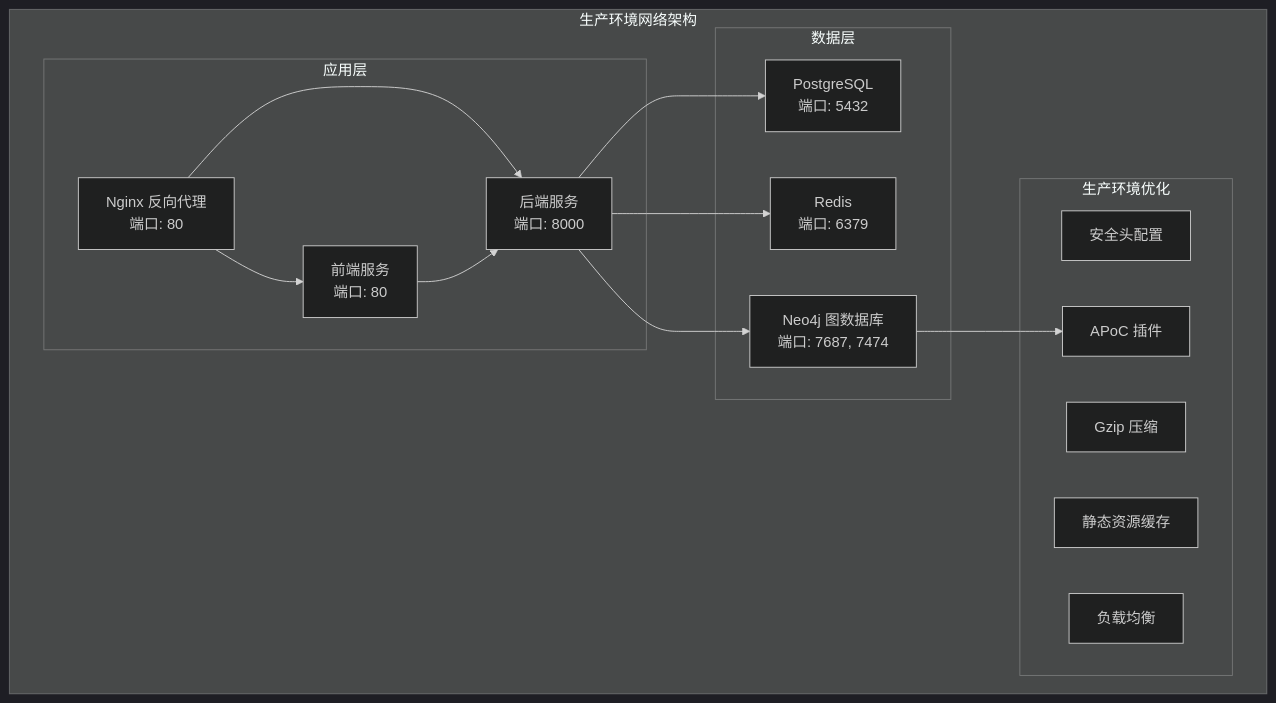
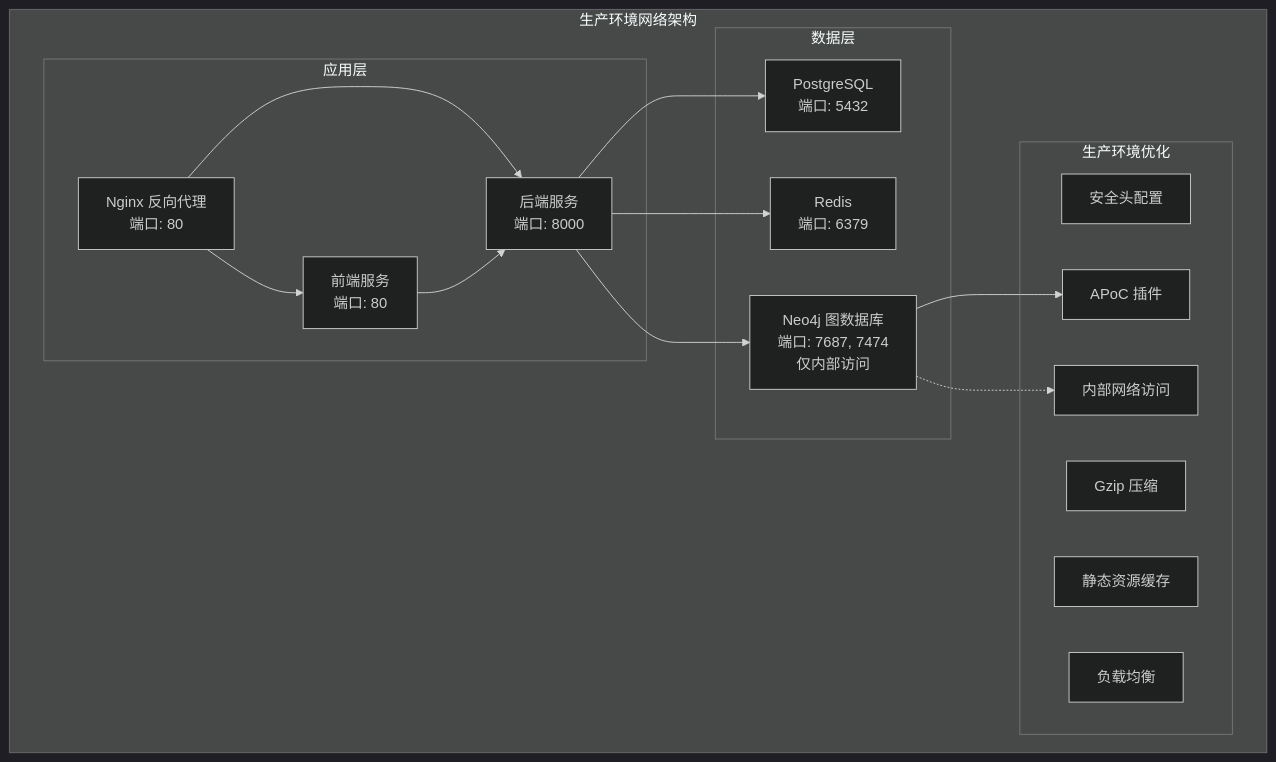
Before and after one commit to xfbyxq/ai-novel-system: the first of 21 diagrams in .qoder/repowiki/zh/content/Docker Deployment.md, drawn with Mermaid (dark theme). The commit also changed other lines of this file and 1 other file, not shown here.

````diff
--- a/.qoder/repowiki/zh/content/Docker Deployment.md
+++ b/.qoder/repowiki/zh/content/Docker Deployment.md
@@ -69,29 +70,31 @@
 ```mermaid
 graph TB
 subgraph "生产环境网络架构"
 subgraph "应用层"
 NGINX[Nginx 反向代理<br/>端口: 80]
 FRONTEND[前端服务<br/>端口: 80]
 BACKEND[后端服务<br/>端口: 8000]
 end
 subgraph "数据层"
 POSTGRES[PostgreSQL<br/>端口: 5432]
 REDIS[Redis<br/>端口: 6379]
-NEO4J[Neo4j 图数据库<br/>端口: 7687, 7474]
+NEO4J[Neo4j 图数据库<br/>端口: 7687, 7474<br/>仅内部访问]
 end
 subgraph "生产环境优化"
 SECURITY[安全头配置]
 GZIP[Gzip 压缩]
 CACHE[静态资源缓存]
 BALANCE[负载均衡]
 APOC_PLUGIN[APoC 插件]
+INTERNAL_ACCESS[内部网络访问]
 end
 end
 NGINX --> FRONTEND
 NGINX --> BACKEND
 FRONTEND --> BACKEND
 BACKEND --> POSTGRES
 BACKEND --> REDIS
 BACKEND --> NEO4J
 NEO4J --> APOC_PLUGIN
+NEO4J -.-> INTERNAL_ACCESS
 ```
````
